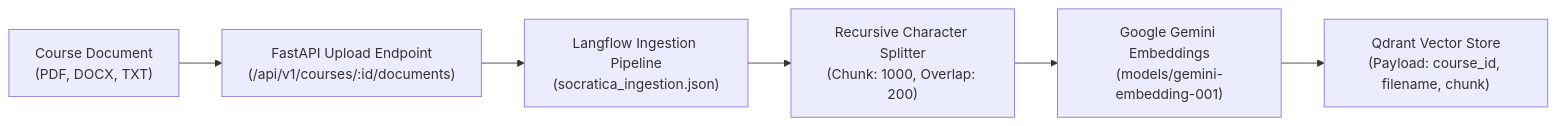
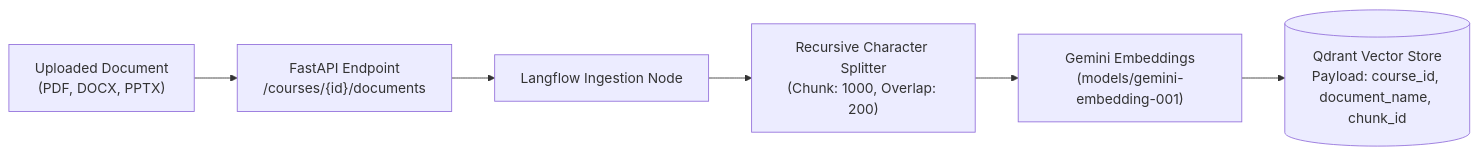
The third of 3 diagrams in README.md (ahmadbadawiTzy/Socratica), drawn with Mermaid before and after one commit. The commit also changed other lines of this file, not shown here.

````diff
--- a/README.md
+++ b/README.md
@@ -73,8 +424,8 @@
 ```mermaid
 flowchart LR
-    A["Course Document<br/>(PDF, DOCX, TXT)"] --> B["FastAPI Upload Endpoint<br/>(/api/v1/courses/:id/documents)"]
-    B --> C["Langflow Ingestion Pipeline<br/>(socratica_ingestion.json)"]
-    C --> D["Recursive Character Splitter<br/>(Chunk: 1000, Overlap: 200)"]
-    D --> E["Google Gemini Embeddings<br/>(models/gemini-embedding-001)"]
-    E --> F["Qdrant Vector Store<br/>(Payload: course_id, filename, chunk)"]
+    Doc["Uploaded Document<br/>(PDF, DOCX, PPTX)"] --> Upload["FastAPI Endpoint<br/>/courses/{id}/documents"]
+    Upload --> LF["Langflow Ingestion Node"]
+    LF --> Split["Recursive Character Splitter<br/>(Chunk: 1000, Overlap: 200)"]
+    Split --> Embed["Gemini Embeddings<br/>(models/gemini-embedding-001)"]
+    Embed --> Qdrant[("Qdrant Vector Store<br/>Payload: course_id, document_name, chunk_id")]
 ```
````
